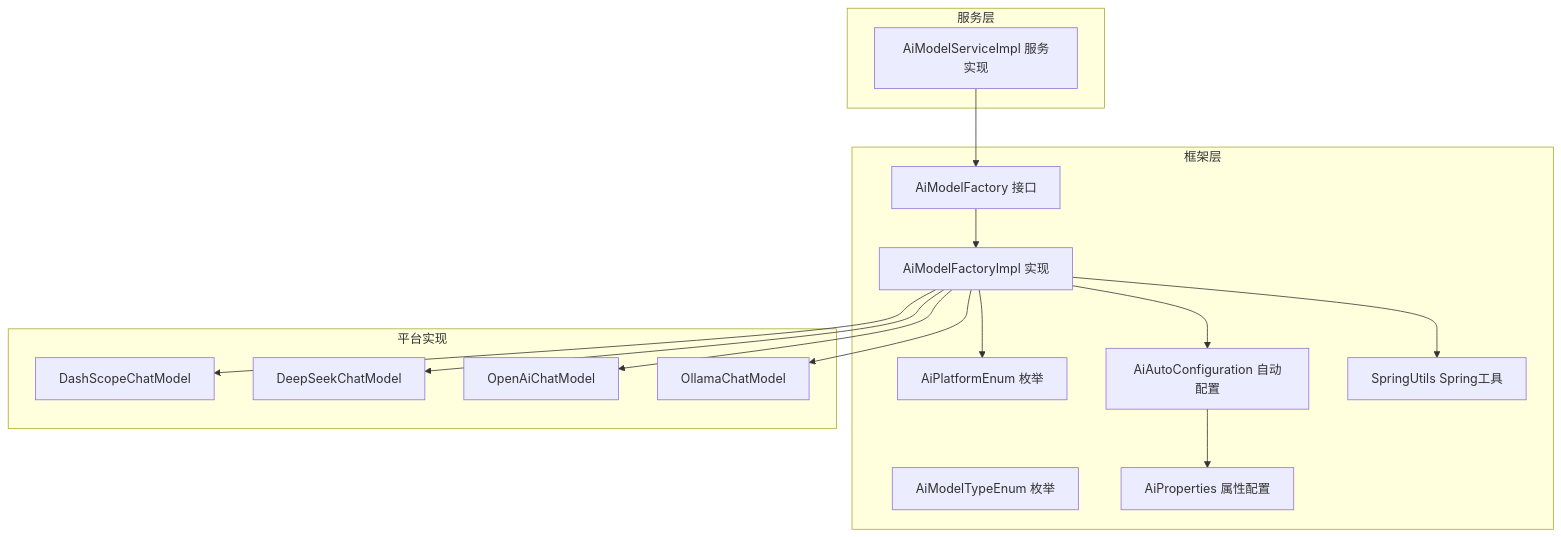
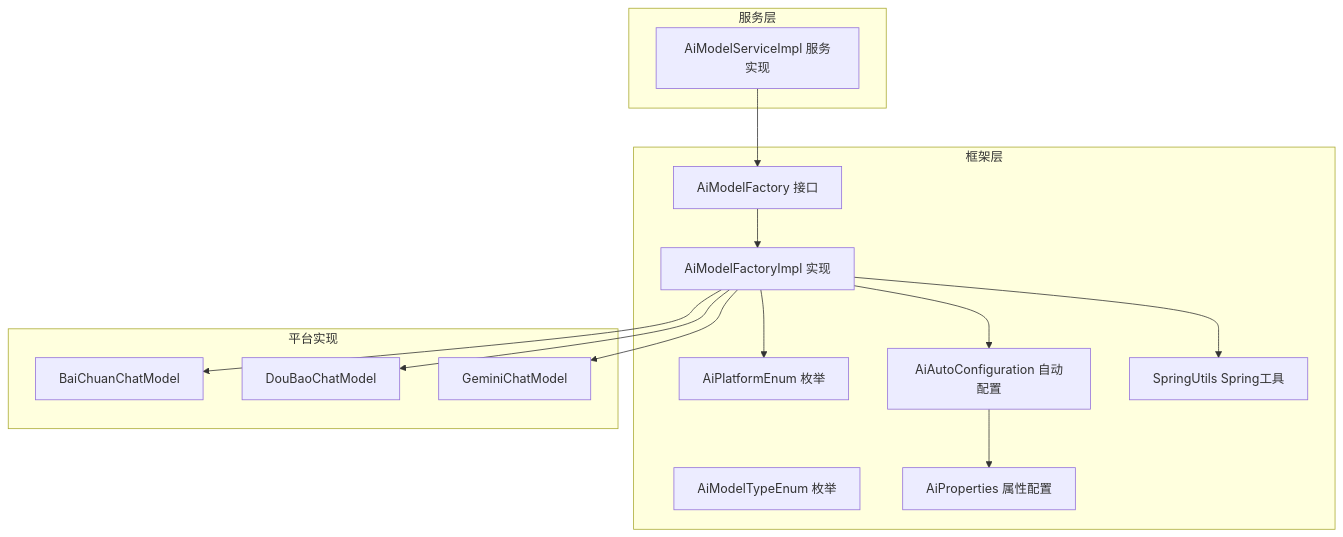
The first of 4 diagrams in .qoder/repowiki/zh/content/AI模型管理/模型工厂设计.md (X555LB/data-ai), drawn with Mermaid before and after one commit. The commit also changed other lines of this file and 9 other files, not shown here.

````diff
--- a/.qoder/repowiki/zh/content/AI模型管理/模型工厂设计.md
+++ b/.qoder/repowiki/zh/content/AI模型管理/模型工厂设计.md
@@ -52,31 +42,29 @@
 ```mermaid
 graph TB
 subgraph "框架层"
 IF["AiModelFactory 接口"]
 IMPL["AiModelFactoryImpl 实现"]
 ENUM["AiPlatformEnum 枚举"]
 TYPE["AiModelTypeEnum 枚举"]
 CONF["AiAutoConfiguration 自动配置"]
 PROP["AiProperties 属性配置"]
 SPRING["SpringUtils Spring工具"]
 end
 subgraph "服务层"
 SVC["AiModelServiceImpl 服务实现"]
 end
 subgraph "平台实现"
-TY["DashScopeChatModel"]
-DS["DeepSeekChatModel"]
-OA["OpenAiChatModel"]
-OL["OllamaChatModel"]
+BAICHUAN["BaiChuanChatModel"]
+DOUBAO["DouBaoChatModel"]
+GEMINI["GeminiChatModel"]
 end
 SVC --> IF
 IF --> IMPL
 IMPL --> ENUM
 IMPL --> CONF
 IMPL --> SPRING
 CONF --> PROP
-IMPL --> TY
-IMPL --> DS
-IMPL --> OA
-IMPL --> OL
+IMPL --> BAICHUAN
+IMPL --> DOUBAO
+IMPL --> GEMINI
 ```
````
